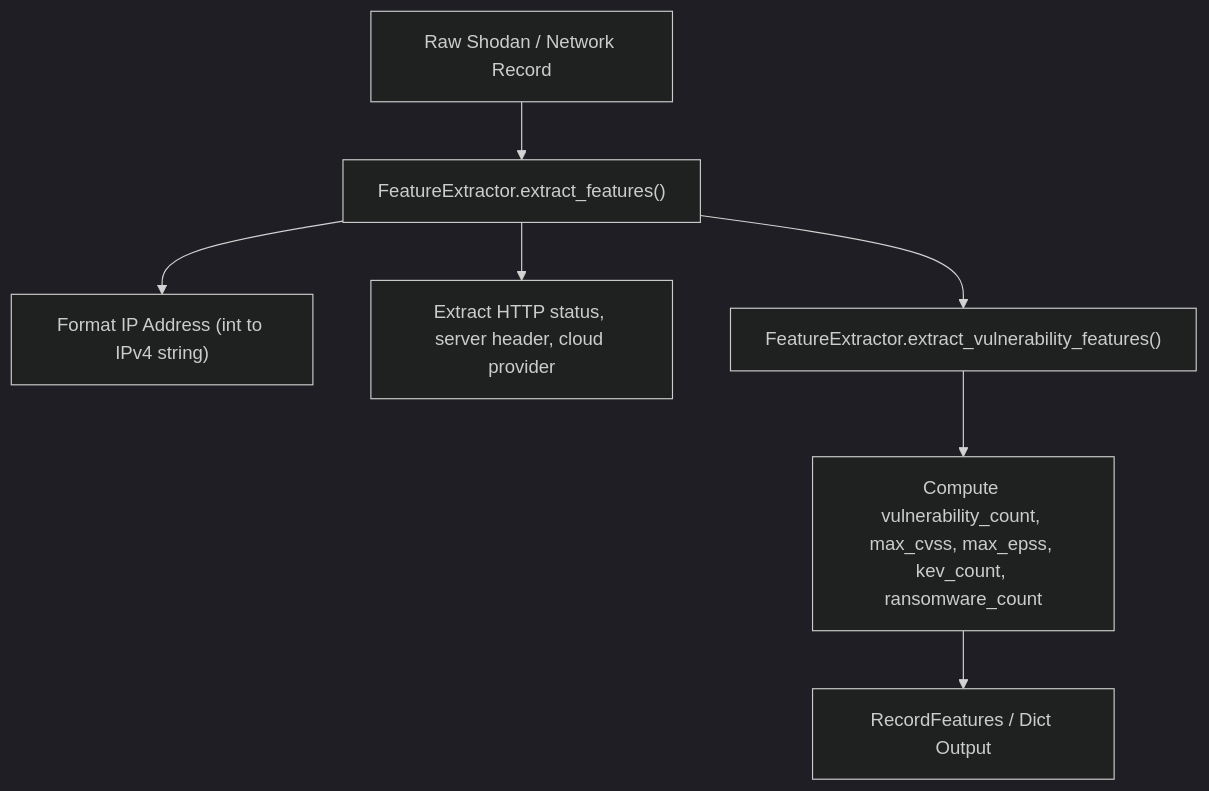
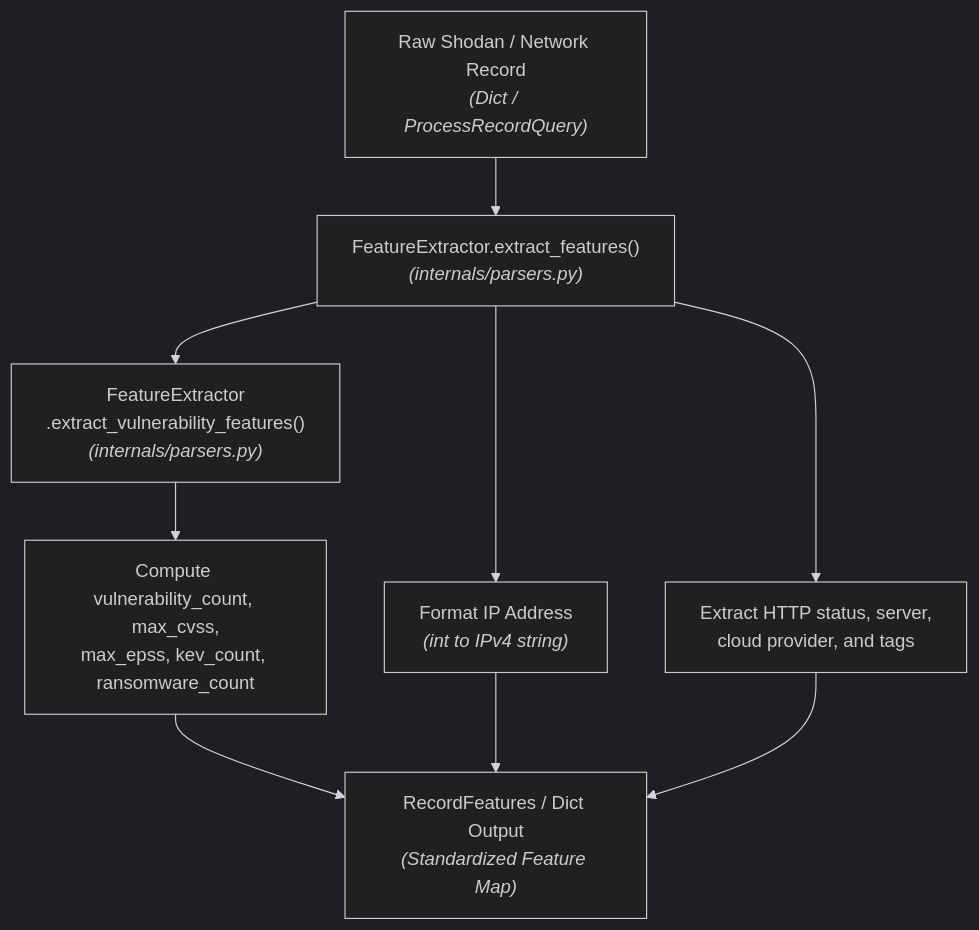
The second of 4 diagrams in backend/src/services/aggregator/README.md (dev-anuj007/cyber_intel), drawn with Mermaid (dark theme) before and after one commit. The commit also changed other lines of this file and 1 other file, not shown here.

````diff
--- a/backend/src/services/aggregator/README.md
+++ b/backend/src/services/aggregator/README.md
@@ -56,9 +56,11 @@
 ```mermaid
 flowchart TD
-    Raw["Raw Shodan / Network Record"] --> Parse["FeatureExtractor.extract_features()"]
-    Parse --> IP["Format IP Address (int to IPv4 string)"]
-    Parse --> HTTP["Extract HTTP status, server header, cloud provider"]
-    Parse --> Vuln["FeatureExtractor.extract_vulnerability_features()"]
-    Vuln --> Metrics["Compute vulnerability_count, max_cvss, max_epss, kev_count, ransomware_count"]
-    Metrics --> Feat["RecordFeatures / Dict Output"]
+    Raw["Raw Shodan / Network Record<br/><i>(Dict / ProcessRecordQuery)</i>"] --> Parse["FeatureExtractor.extract_features()<br/><i>(internals/parsers.py)</i>"]
+    Parse --> IP["Format IP Address<br/><i>(int to IPv4 string)</i>"]
+    Parse --> HTTP["Extract HTTP status, server,<br/>cloud provider, and tags"]
+    Parse --> Vuln["FeatureExtractor<br/>.extract_vulnerability_features()<br/><i>(internals/parsers.py)</i>"]
+    Vuln --> Metrics["Compute vulnerability_count, max_cvss,<br/>max_epss, kev_count, ransomware_count"]
+    Metrics --> Feat["RecordFeatures / Dict Output<br/><i>(Standardized Feature Map)</i>"]
+    IP --> Feat
+    HTTP --> Feat
 ```
````
